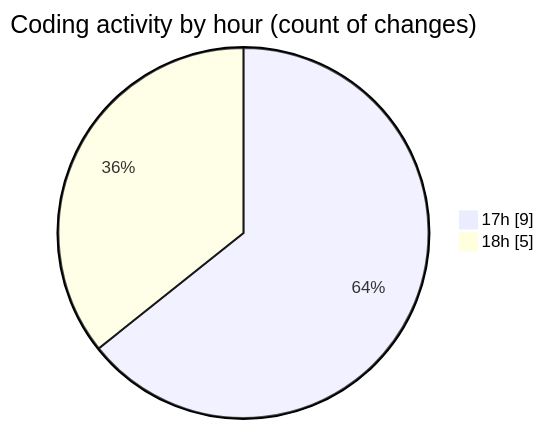
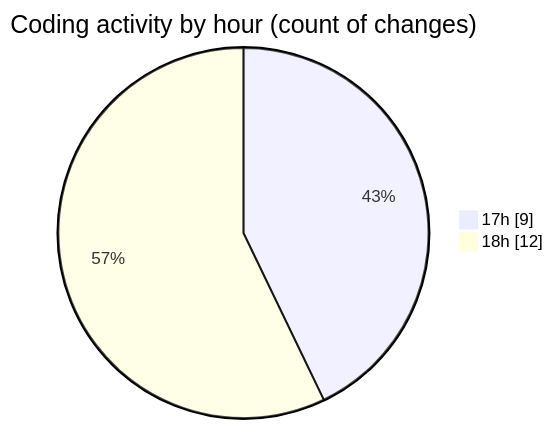
Before and after one commit to robertbonfada/code-tracking: the second of 2 diagrams in 2025-02-08/termonied-web/README.md, drawn with Mermaid. The commit also changed other lines of this file and 1 other file, not shown here.

````diff
--- a/2025-02-08/termonied-web/README.md
+++ b/2025-02-08/termonied-web/README.md
@@ -31,6 +31,6 @@
 ```mermaid
 pie showData
 title Coding activity by hour (count of changes)
 "17h" : 9
-"18h" : 5
+"18h" : 12
 ```
````
